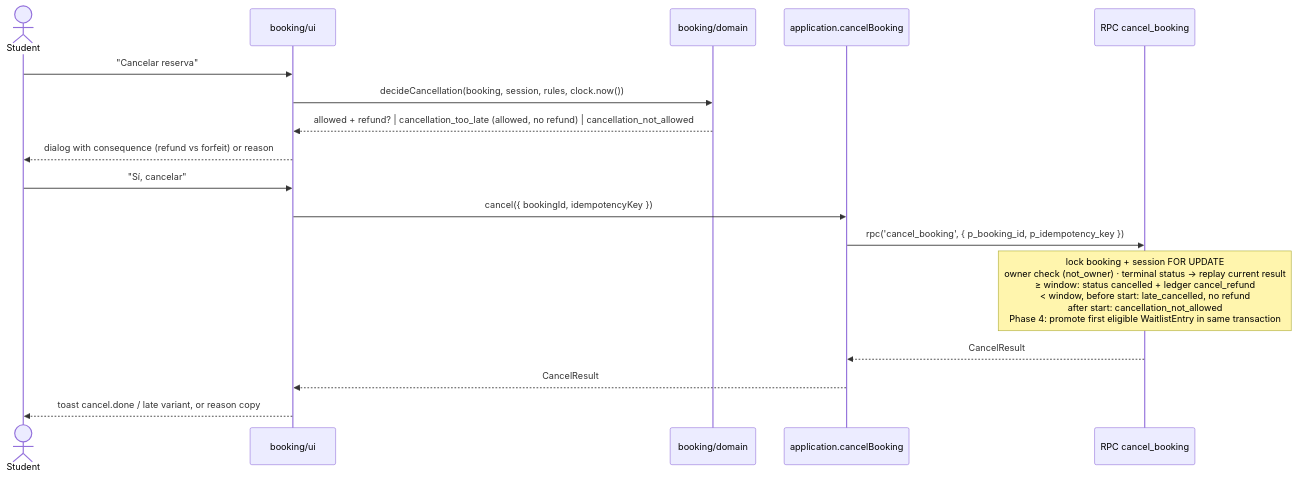
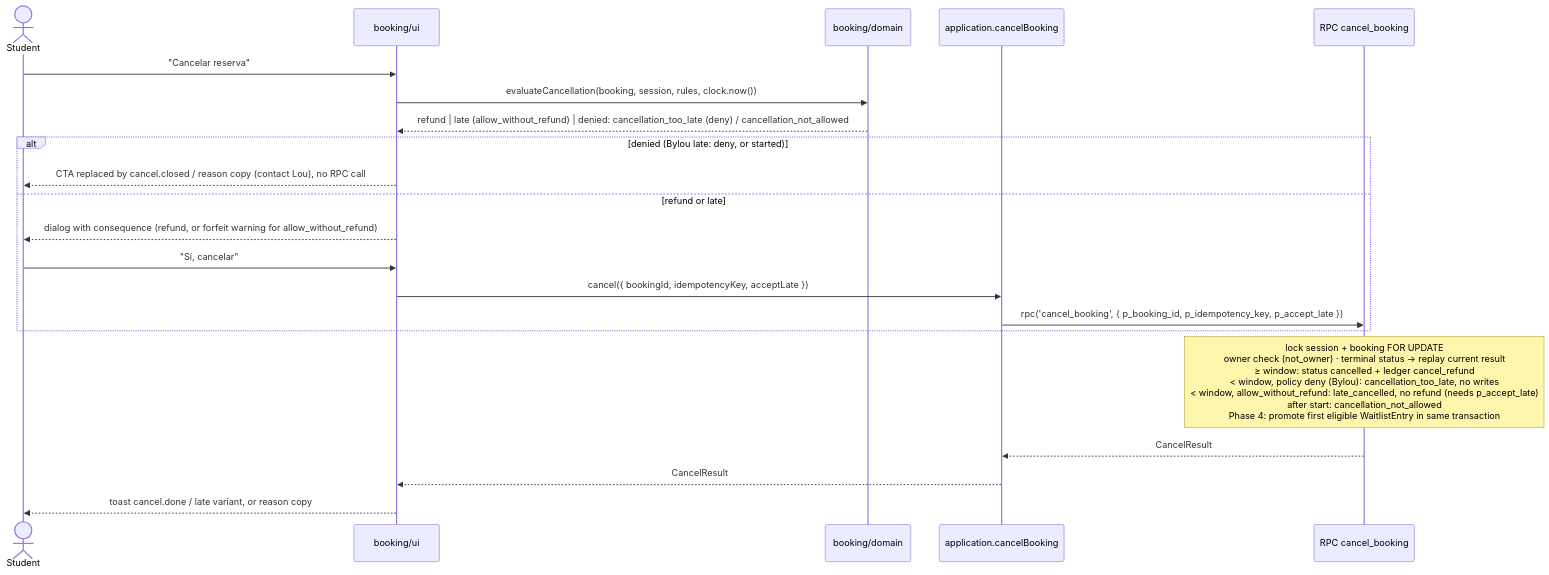
One commit to populinlou-dot/Bylou-landing changed the third of 4 diagrams in docs/booking/ARCHITECTURE.md. Above: the diagram before and after it, drawn with Mermaid. The commit also changed other lines of this file and 4 other files, not shown here.

Commit message:
docs(booking): reconcile docs with implemented agenda and Bylou cancellation rule

````diff
--- a/docs/booking/ARCHITECTURE.md
+++ b/docs/booking/ARCHITECTURE.md
@@ -168,20 +169,24 @@
 ```mermaid
 sequenceDiagram
   actor S as Student
   participant UI as booking/ui
   participant DM as booking/domain
   participant APP as application.cancelBooking
   participant DB as RPC cancel_booking
 
   S->>UI: "Cancelar reserva"
-  UI->>DM: decideCancellation(booking, session, rules, clock.now())
-  DM-->>UI: allowed + refund? | cancellation_too_late (allowed, no refund) | cancellation_not_allowed
-  UI-->>S: dialog with consequence (refund vs forfeit) or reason
-  S->>UI: "Sí, cancelar"
-  UI->>APP: cancel({ bookingId, idempotencyKey })
-  APP->>DB: rpc('cancel_booking', { p_booking_id, p_idempotency_key })
-  Note over DB: lock booking + session FOR UPDATE<br/>owner check (not_owner) · terminal status → replay current result<br/>≥ window: status cancelled + ledger cancel_refund<br/>< window, before start: late_cancelled, no refund<br/>after start: cancellation_not_allowed<br/>Phase 4: promote first eligible WaitlistEntry in same transaction
+  UI->>DM: evaluateCancellation(booking, session, rules, clock.now())
+  DM-->>UI: refund | late (allow_without_refund) | denied: cancellation_too_late (deny) / cancellation_not_allowed
+  alt denied (Bylou late: deny, or started)
+    UI-->>S: CTA replaced by cancel.closed / reason copy (contact Lou), no RPC call
+  else refund or late
+    UI-->>S: dialog with consequence (refund, or forfeit warning for allow_without_refund)
+    S->>UI: "Sí, cancelar"
+    UI->>APP: cancel({ bookingId, idempotencyKey, acceptLate })
+    APP->>DB: rpc('cancel_booking', { p_booking_id, p_idempotency_key, p_accept_late })
+  end
+  Note over DB: lock session + booking FOR UPDATE<br/>owner check (not_owner) · terminal status → replay current result<br/>≥ window: status cancelled + ledger cancel_refund<br/>< window, policy deny (Bylou): cancellation_too_late, no writes<br/>< window, allow_without_refund: late_cancelled, no refund (needs p_accept_late)<br/>after start: cancellation_not_allowed<br/>Phase 4: promote first eligible WaitlistEntry in same transaction
   DB-->>APP: CancelResult
   APP-->>UI: CancelResult
   UI-->>S: toast cancel.done / late variant, or reason copy
 ```
````
